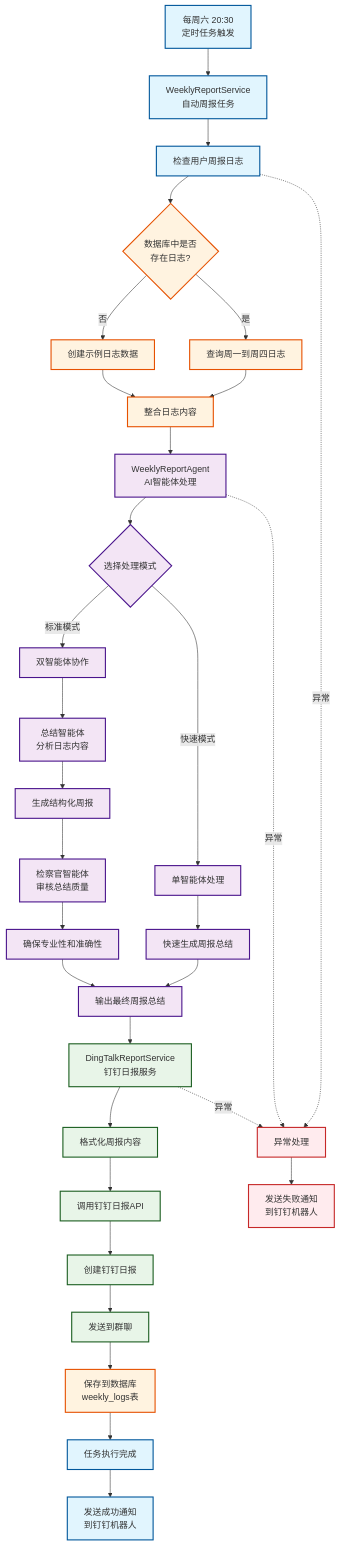
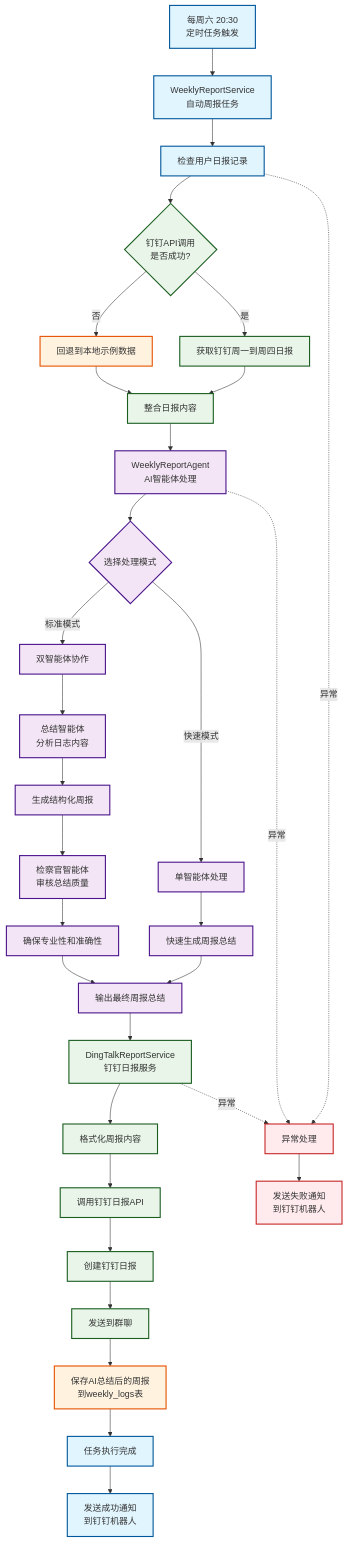
Before and after one commit to DellDi/dingtalk-ai-robot: the first of 4 diagrams in docs/weekly_report_flow.md, drawn with Mermaid. The commit also changed other lines of this file and 6 other files, not shown here.

````diff
--- a/docs/weekly_report_flow.md
+++ b/docs/weekly_report_flow.md
@@ -5,63 +5,64 @@
 ```mermaid
 graph TB
     %% 定时任务触发
     A[每周六 20:30<br/>定时任务触发] --> B[WeeklyReportService<br/>自动周报任务]
-    
+
     %% 日志收集阶段
-    B --> C[检查用户周报日志]
-    C --> D{数据库中是否<br/>存在日志?}
-    D -->|否| E[创建示例日志数据]
-    D -->|是| F[查询周一到周四日志]
-    E --> G[整合日志内容]
+    B --> C[检查用户日报记录]
+    C --> D{钉钉API调用<br/>是否成功?}
+    D -->|否| E[回退到本地示例数据]
+    D -->|是| F[获取钉钉周一到周四日报]
+    E --> G[整合日报内容]
     F --> G
-    
+
     %% AI智能体处理阶段
     G --> H[WeeklyReportAgent<br/>AI智能体处理]
     H --> I{选择处理模式}
     I -->|标准模式| J[双智能体协作]
     I -->|快速模式| K[单智能体处理]
-    
+
     %% 双智能体协作流程
     J --> L[总结智能体<br/>分析日志内容]
     L --> M[生成结构化周报]
     M --> N[检察官智能体<br/>审核总结质量]
     N --> O[确保专业性和准确性]
     O --> P[输出最终周报总结]
-    
+
     %% 单智能体流程
     K --> Q[快速生成周报总结]
     Q --> P
-    
+
     %% 钉钉推送阶段
     P --> R[DingTalkReportService<br/>钉钉日报服务]
     R --> S[格式化周报内容]
     S --> T[调用钉钉日报API]
     T --> U[创建钉钉日报]
     U --> V[发送到群聊]
-    
+
     %% 数据持久化
-    V --> W[保存到数据库<br/>weekly_logs表]
+    V --> W[保存AI总结后的周报<br/>到weekly_logs表]
     W --> X[任务执行完成]
-    
+
     %% 状态通知
     X --> Y[发送成功通知<br/>到钉钉机器人]
-    
+
     %% 异常处理
     C -.->|异常| Z[异常处理]
     H -.->|异常| Z
     R -.->|异常| Z
     Z --> AA[发送失败通知<br/>到钉钉机器人]
-    
+
     %% 样式定义
     classDef processBox fill:#e1f5fe,stroke:#01579b,stroke-width:2px
     classDef aiBox fill:#f3e5f5,stroke:#4a148c,stroke-width:2px
     classDef apiBox fill:#e8f5e8,stroke:#1b5e20,stroke-width:2px
     classDef dbBox fill:#fff3e0,stroke:#e65100,stroke-width:2px
     classDef errorBox fill:#ffebee,stroke:#c62828,stroke-width:2px
-    
+
     class A,B,C,X,Y processBox
     class H,I,J,K,L,M,N,O,P,Q aiBox
     class R,S,T,U,V apiBox
-    class D,E,F,G,W dbBox
+    class E,W dbBox
+    class D,F,G apiBox
     class Z,AA errorBox
 ```
````
